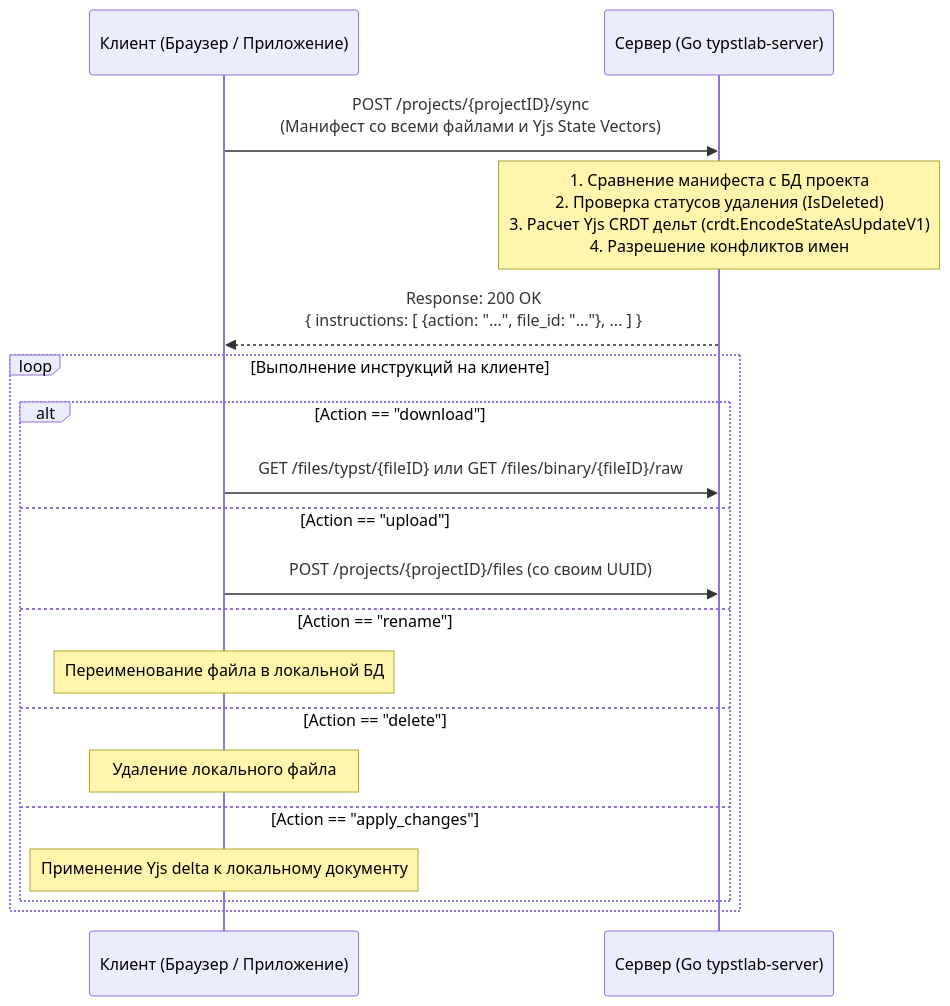
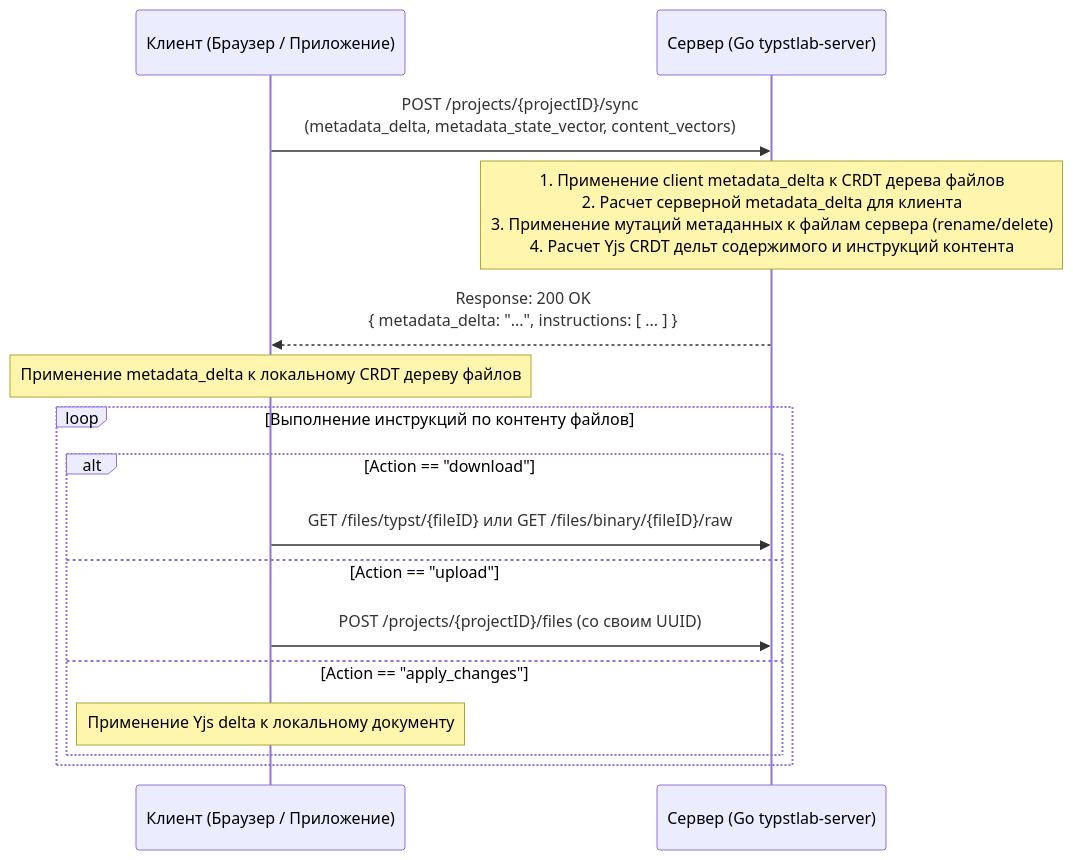
Before and after one commit to safarislava/typstlab-server: the diagram in docs/sync_spec.md, drawn with Mermaid. The commit also changed other lines of this file and 1 other file, not shown here.

Commit message:
docs: updates sync documentation to reflect CRDT metadata syncing.

````diff
--- a/docs/sync_spec.md
+++ b/docs/sync_spec.md
@@ -21,23 +21,21 @@
 ```mermaid
 sequenceDiagram
     participant Client as Клиент (Браузер / Приложение)
     participant Server as Сервер (Go typstlab-server)
     
-    Client->>Server: POST /projects/{projectID}/sync <br/> (Манифест со всеми файлами и Yjs State Vectors)
-    Note over Server: 1. Сравнение манифеста с БД проекта<br/>2. Проверка статусов удаления (IsDeleted)<br/>3. Расчет Yjs CRDT дельт (crdt.EncodeStateAsUpdateV1)<br/>4. Разрешение конфликтов имен
-    Server-->>Client: Response: 200 OK <br/> { instructions: [ {action: "...", file_id: "..."}, ... ] }
+    Client->>Server: POST /projects/{projectID}/sync <br/> (metadata_delta, metadata_state_vector, content_vectors)
+    Note over Server: 1. Применение client metadata_delta к CRDT дерева файлов<br/>2. Расчет серверной metadata_delta для клиента<br/>3. Применение мутаций метаданных к файлам сервера (rename/delete)<br/>4. Расчет Yjs CRDT дельт содержимого и инструкций контента
+    Server-->>Client: Response: 200 OK <br/> { metadata_delta: "...", instructions: [ ... ] }
     
-    Loop Выполнение инструкций на клиенте
+    Note over Client: Применение metadata_delta к локальному CRDT дереву файлов
+    
+    Loop Выполнение инструкций по контенту файлов
         alt Action == "download"
             Client->>Server: GET /files/typst/{fileID} или GET /files/binary/{fileID}/raw
         else Action == "upload"
             Client->>Server: POST /projects/{projectID}/files (со своим UUID)
-        else Action == "rename"
-            Note over Client: Переименование файла в локальной БД
-        else Action == "delete"
-            Note over Client: Удаление локального файла
         else Action == "apply_changes"
             Note over Client: Применение Yjs delta к локальному документу
         end
     end
 ```
````
